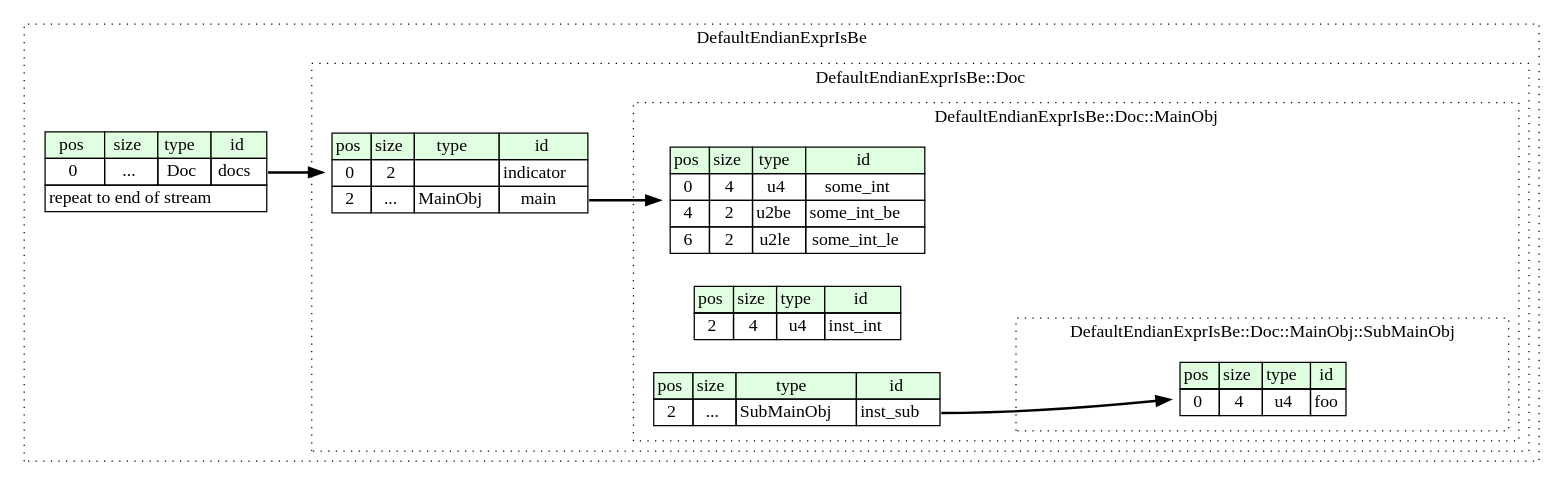
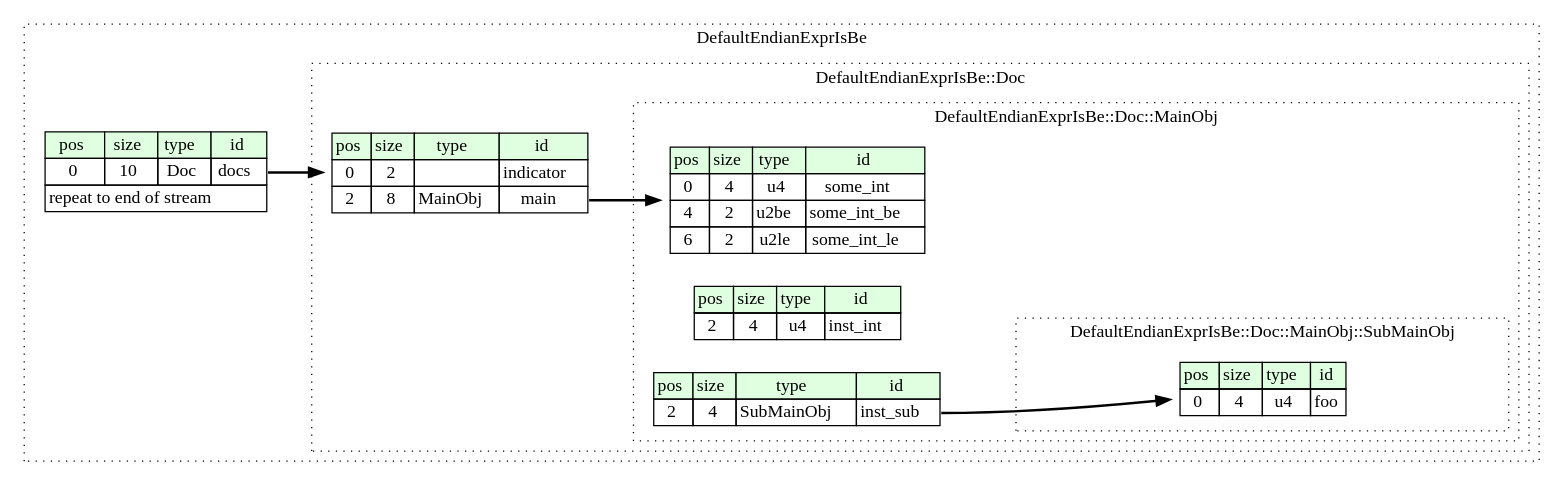
One commit to kaitai-io/ci_targets changed the diagram in compiled/graphviz/default_endian_expr_is_be.dot. Above: the diagram before and after it, drawn with Graphviz. The commit also changed 45 other files, not shown here.

```diff
--- a/compiled/graphviz/default_endian_expr_is_be.dot
+++ b/compiled/graphviz/default_endian_expr_is_be.dot
@@ -1,55 +1,55 @@
 digraph {
 	rankdir=LR;
 	node [shape=plaintext];
 	subgraph cluster__default_endian_expr_is_be {
 		label="DefaultEndianExprIsBe";
 		graph[style=dotted];
 
 		default_endian_expr_is_be__seq [label=<<TABLE BORDER="0" CELLBORDER="1" CELLSPACING="0">
 			<TR><TD BGCOLOR="#E0FFE0">pos</TD><TD BGCOLOR="#E0FFE0">size</TD><TD BGCOLOR="#E0FFE0">type</TD><TD BGCOLOR="#E0FFE0">id</TD></TR>
-			<TR><TD PORT="docs_pos">0</TD><TD PORT="docs_size">...</TD><TD>Doc</TD><TD PORT="docs_type">docs</TD></TR>
+			<TR><TD PORT="docs_pos">0</TD><TD PORT="docs_size">10</TD><TD>Doc</TD><TD PORT="docs_type">docs</TD></TR>
 			<TR><TD COLSPAN="4" PORT="docs__repeat">repeat to end of stream</TD></TR>
 		</TABLE>>];
 		subgraph cluster__doc {
 			label="DefaultEndianExprIsBe::Doc";
 			graph[style=dotted];
 
 			doc__seq [label=<<TABLE BORDER="0" CELLBORDER="1" CELLSPACING="0">
 				<TR><TD BGCOLOR="#E0FFE0">pos</TD><TD BGCOLOR="#E0FFE0">size</TD><TD BGCOLOR="#E0FFE0">type</TD><TD BGCOLOR="#E0FFE0">id</TD></TR>
 				<TR><TD PORT="indicator_pos">0</TD><TD PORT="indicator_size">2</TD><TD></TD><TD PORT="indicator_type">indicator</TD></TR>
-				<TR><TD PORT="main_pos">2</TD><TD PORT="main_size">...</TD><TD>MainObj</TD><TD PORT="main_type">main</TD></TR>
+				<TR><TD PORT="main_pos">2</TD><TD PORT="main_size">8</TD><TD>MainObj</TD><TD PORT="main_type">main</TD></TR>
 			</TABLE>>];
 			subgraph cluster__main_obj {
 				label="DefaultEndianExprIsBe::Doc::MainObj";
 				graph[style=dotted];
 
 				main_obj__seq [label=<<TABLE BORDER="0" CELLBORDER="1" CELLSPACING="0">
 					<TR><TD BGCOLOR="#E0FFE0">pos</TD><TD BGCOLOR="#E0FFE0">size</TD><TD BGCOLOR="#E0FFE0">type</TD><TD BGCOLOR="#E0FFE0">id</TD></TR>
 					<TR><TD PORT="some_int_pos">0</TD><TD PORT="some_int_size">4</TD><TD>u4</TD><TD PORT="some_int_type">some_int</TD></TR>
 					<TR><TD PORT="some_int_be_pos">4</TD><TD PORT="some_int_be_size">2</TD><TD>u2be</TD><TD PORT="some_int_be_type">some_int_be</TD></TR>
 					<TR><TD PORT="some_int_le_pos">6</TD><TD PORT="some_int_le_size">2</TD><TD>u2le</TD><TD PORT="some_int_le_type">some_int_le</TD></TR>
 				</TABLE>>];
 				main_obj__inst__inst_int [label=<<TABLE BORDER="0" CELLBORDER="1" CELLSPACING="0">
 					<TR><TD BGCOLOR="#E0FFE0">pos</TD><TD BGCOLOR="#E0FFE0">size</TD><TD BGCOLOR="#E0FFE0">type</TD><TD BGCOLOR="#E0FFE0">id</TD></TR>
 					<TR><TD PORT="inst_int_pos">2</TD><TD PORT="inst_int_size">4</TD><TD>u4</TD><TD PORT="inst_int_type">inst_int</TD></TR>
 				</TABLE>>];
 				main_obj__inst__inst_sub [label=<<TABLE BORDER="0" CELLBORDER="1" CELLSPACING="0">
 					<TR><TD BGCOLOR="#E0FFE0">pos</TD><TD BGCOLOR="#E0FFE0">size</TD><TD BGCOLOR="#E0FFE0">type</TD><TD BGCOLOR="#E0FFE0">id</TD></TR>
-					<TR><TD PORT="inst_sub_pos">2</TD><TD PORT="inst_sub_size">...</TD><TD>SubMainObj</TD><TD PORT="inst_sub_type">inst_sub</TD></TR>
+					<TR><TD PORT="inst_sub_pos">2</TD><TD PORT="inst_sub_size">4</TD><TD>SubMainObj</TD><TD PORT="inst_sub_type">inst_sub</TD></TR>
 				</TABLE>>];
 				subgraph cluster__sub_main_obj {
 					label="DefaultEndianExprIsBe::Doc::MainObj::SubMainObj";
 					graph[style=dotted];
 
 					sub_main_obj__seq [label=<<TABLE BORDER="0" CELLBORDER="1" CELLSPACING="0">
 						<TR><TD BGCOLOR="#E0FFE0">pos</TD><TD BGCOLOR="#E0FFE0">size</TD><TD BGCOLOR="#E0FFE0">type</TD><TD BGCOLOR="#E0FFE0">id</TD></TR>
 						<TR><TD PORT="foo_pos">0</TD><TD PORT="foo_size">4</TD><TD>u4</TD><TD PORT="foo_type">foo</TD></TR>
 					</TABLE>>];
 				}
 			}
 		}
 	}
 	default_endian_expr_is_be__seq:docs_type -> doc__seq [style=bold];
 	doc__seq:main_type -> main_obj__seq [style=bold];
 	main_obj__inst__inst_sub:inst_sub_type -> sub_main_obj__seq [style=bold];
 }
```
